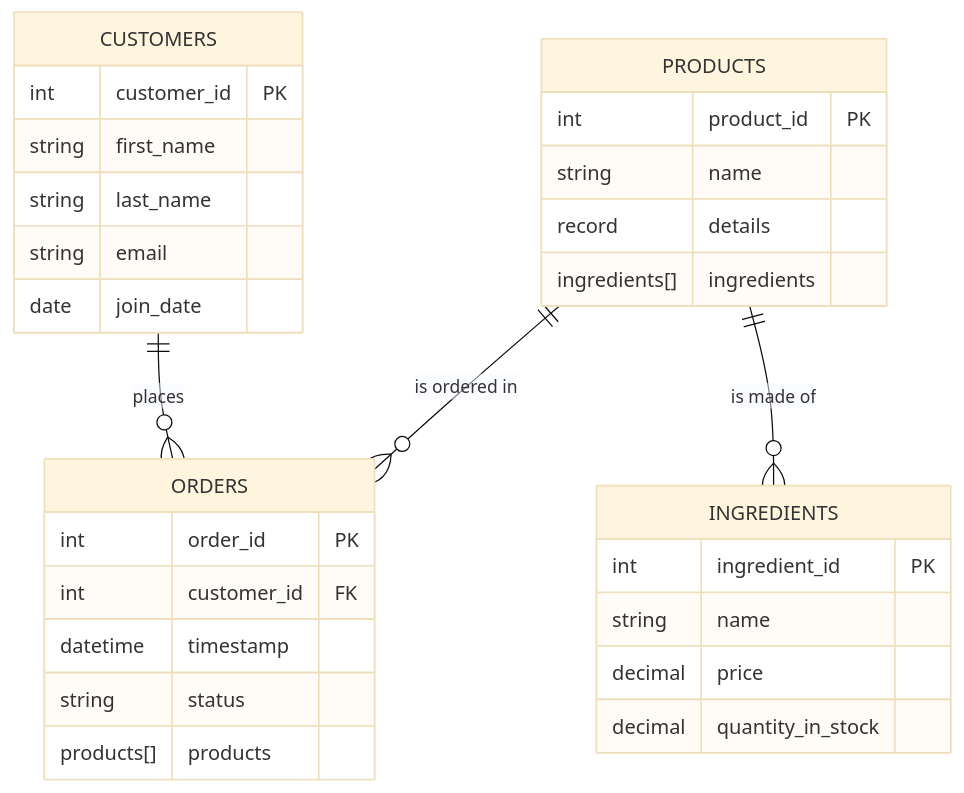
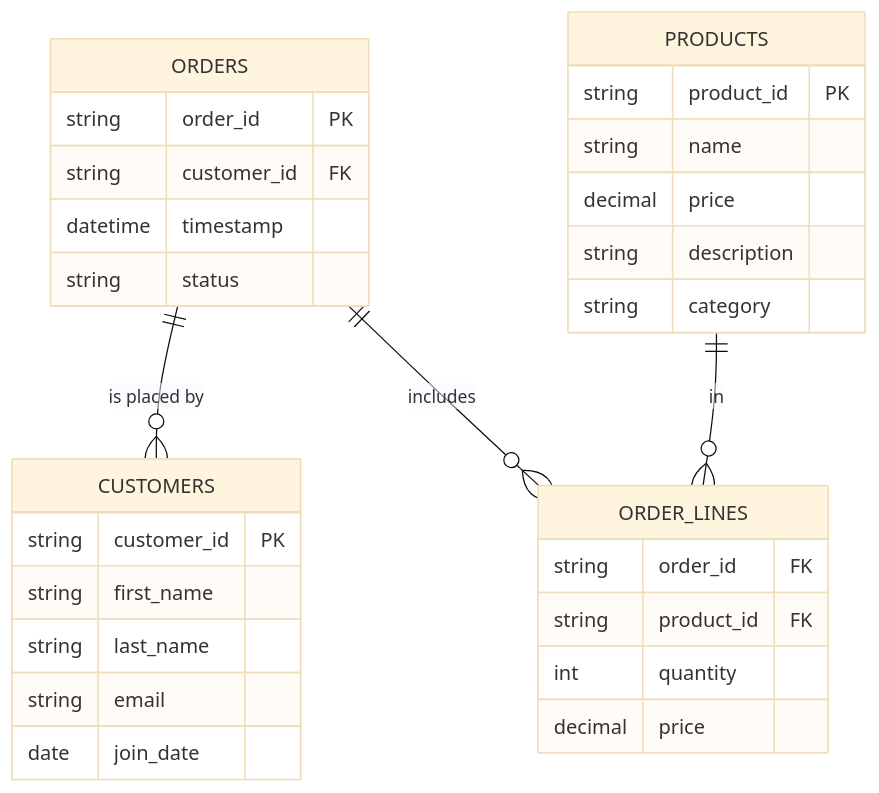
Before and after one commit to starlake-ai/StarBake: the first of 2 diagrams in README.md, drawn with Mermaid (base theme). The commit also changed other lines of this file, not shown here.

````diff
--- a/README.md
+++ b/README.md
@@ -53,37 +42,38 @@
 ```mermaid
 erDiagram
-    CUSTOMERS ||--o{ ORDERS : places
-    PRODUCTS ||--o{ ORDERS : "is ordered in"
-    PRODUCTS ||--o{ INGREDIENTS : "is made of"
+    ORDERS ||--o{ CUSTOMERS : "is placed by"
+    PRODUCTS ||--o{ ORDER_LINES : "in"
+    ORDERS ||--o{ ORDER_LINES : "includes"
 
     CUSTOMERS {
-        int customer_id PK
+        string customer_id PK
         string first_name
         string last_name
         string email
         date join_date
     }
 
     ORDERS {
-        int order_id PK
-        int customer_id FK
+        string order_id PK
+        string customer_id FK
         datetime timestamp
         string status
-        products[] products
+    }
+
+    ORDER_LINES {
+        string order_id FK
+        string product_id FK
+        int quantity
+        decimal price
     }
 
     PRODUCTS {
-        int product_id PK
+        string product_id PK
         string name
-        record details
-        ingredients[] ingredients
+        decimal price
+        string description
+        string category
     }
 
-    INGREDIENTS {
-        int ingredient_id PK
-        string name
-        decimal price
-        decimal quantity_in_stock
-    }
 
 ```
````
